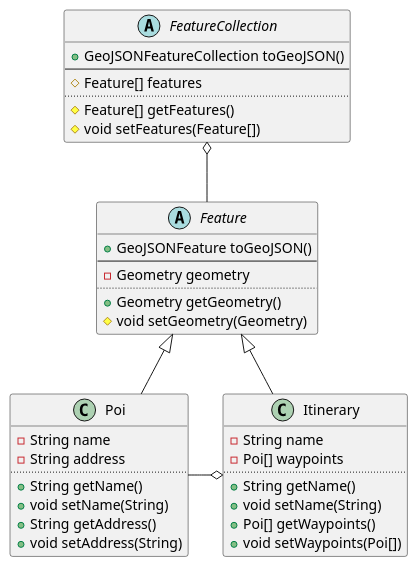
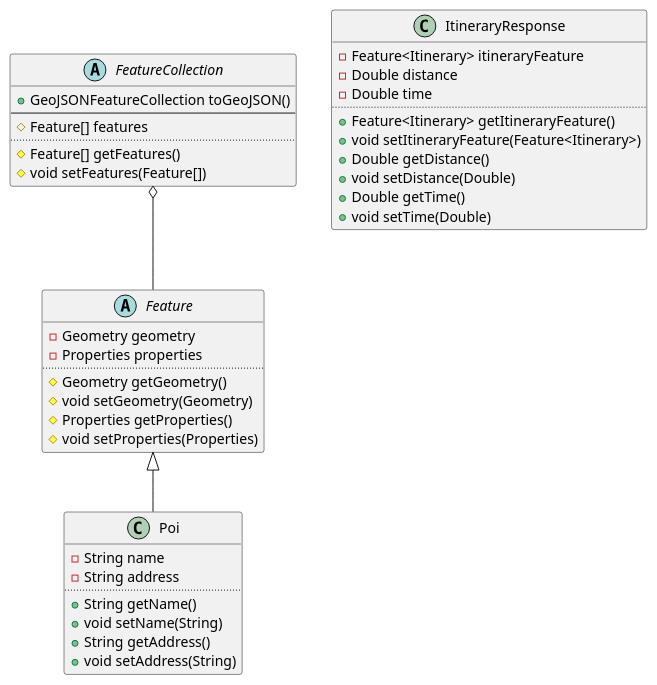
Before and after one commit to robinrullo/fil-rouge-403: the diagram in docs/UML/class-diagram.puml, drawn with PlantUML. The commit also changed 11 other files, not shown here.

Commit message:
feat: update itineraries response and implement poi crud

```diff
--- a/docs/UML/class-diagram.puml
+++ b/docs/UML/class-diagram.puml
@@ -1,45 +1,49 @@
 @startuml
 'https://plantuml.com/class-diagram
 
 abstract class FeatureCollection {
   +GeoJSONFeatureCollection toGeoJSON()
   ---
   #Feature[] features
   ....
   #Feature[] getFeatures()
   #void setFeatures(Feature[])
 }
 
 abstract class Feature {
-  +GeoJSONFeature toGeoJSON()
-  ----
   -Geometry geometry
+  -Properties properties
   ....
-  +Geometry getGeometry()
+  #Geometry getGeometry()
   #void setGeometry(Geometry)
+  #Properties getProperties()
+  #void setProperties(Properties)
 }
 
 class Poi extends Feature {
   -String name
   -String address
   ....
   +String getName()
   +void setName(String)
   +String getAddress()
   +void setAddress(String)
 }
 
-class Itinerary extends Feature {
-  -String name
-  -Poi[] waypoints
+class ItineraryResponse {
+  -Feature<Itinerary> itineraryFeature
+  -Double distance
+  -Double time
   ....
-  +String getName()
-  +void setName(String)
-  +Poi[] getWaypoints()
-  +void setWaypoints(Poi[])
+  +Feature<Itinerary> getItineraryFeature()
+  +void setItineraryFeature(Feature<Itinerary>)
+  +Double getDistance()
+  +void setDistance(Double)
+  +Double getTime()
+  +void setTime(Double)
 }
 
 FeatureCollection o-- Feature
-Itinerary o-left- Poi
+
 
 @enduml
```
